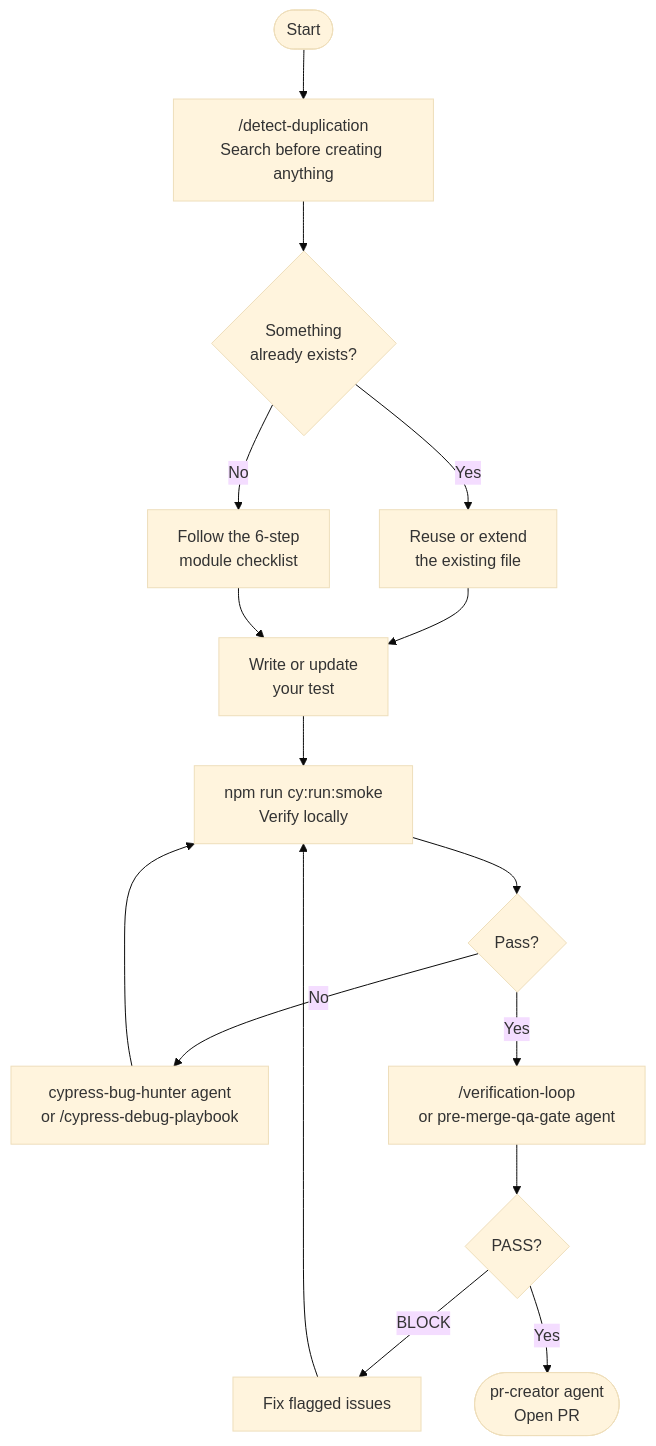
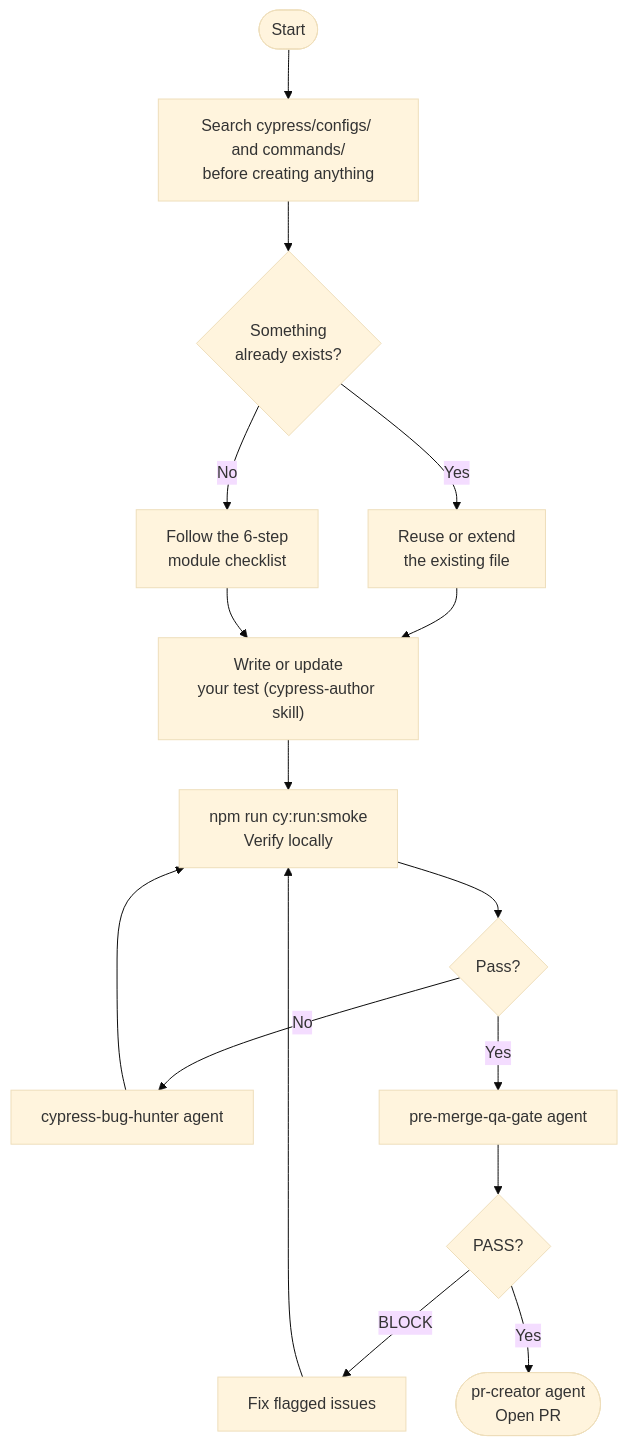
The diagram in CONTRIBUTING.md (lfyagya/cypress-automation-boilerplate), drawn with Mermaid (base theme) before and after one commit. The commit also changed other lines of this file and 102 other files, not shown here.

````diff
--- a/CONTRIBUTING.md
+++ b/CONTRIBUTING.md
@@ -23,18 +24,18 @@
 ```mermaid
 flowchart TD
-    A(["Start"]) --> B["/detect-duplication\nSearch before creating anything"]
+    A(["Start"]) --> B["Search cypress/configs/ and commands/\nbefore creating anything"]
     B --> C{"Something\nalready exists?"}
     C -- Yes --> D["Reuse or extend\nthe existing file"]
     C -- No --> E["Follow the 6-step\nmodule checklist"]
-    D --> F["Write or update\nyour test"]
+    D --> F["Write or update\nyour test (cypress-author skill)"]
     E --> F
     F --> G["npm run cy:run:smoke\nVerify locally"]
     G --> H{Pass?}
-    H -- No --> I["cypress-bug-hunter agent\nor /cypress-debug-playbook"]
+    H -- No --> I["cypress-bug-hunter agent"]
     I --> G
-    H -- Yes --> J["/verification-loop\nor pre-merge-qa-gate agent"]
+    H -- Yes --> J["pre-merge-qa-gate agent"]
     J --> K{PASS?}
     K -- BLOCK --> L["Fix flagged issues"]
     L --> G
     K -- Yes --> M(["pr-creator agent\nOpen PR"])
 ```
````
